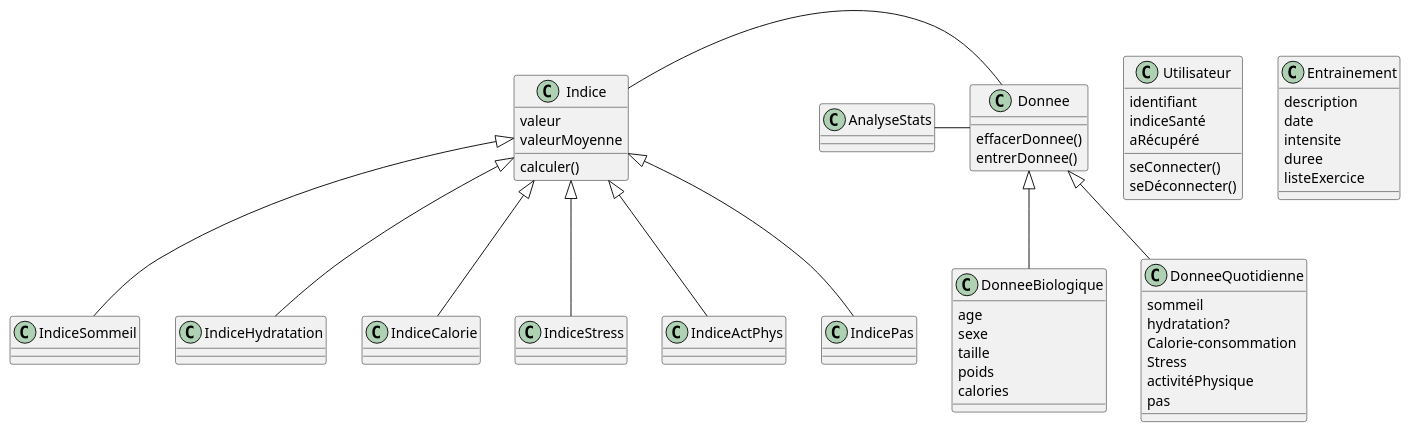
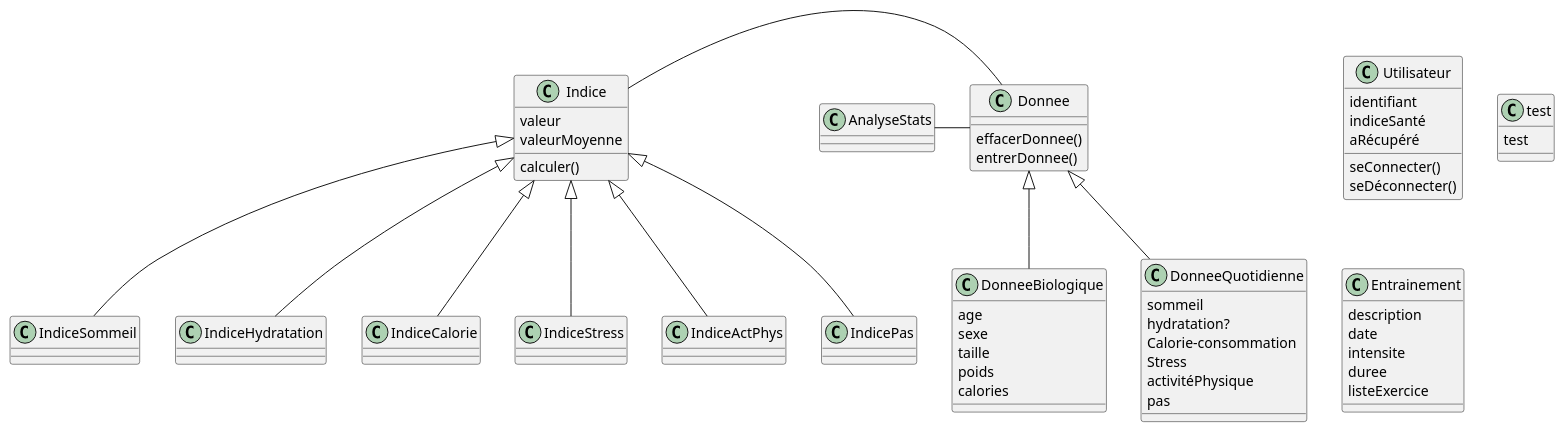
The diagram in DiagrammeUML/src/Salus.puml (elea-vk/Salus), drawn with PlantUML before and after one commit. The commit also changed 6 other files, not shown here.

```diff
--- a/DiagrammeUML/src/Salus.puml
+++ b/DiagrammeUML/src/Salus.puml
@@ -1,87 +1,90 @@
 @startuml
 'https://plantuml.com/sequence-diagram
 
 
 
 class Utilisateur {
  identifiant
  indiceSanté
  aRécupéré
 seConnecter()
 seDéconnecter()
+}
+class test {
+test
 }
 
 
 
 class Donnee{
  effacerDonnee()
  entrerDonnee()
 }
 class Indice{
 valeur
 valeurMoyenne
 calculer()
 }
 
 Indice - Donnee
 
 class DonneeBiologique{
 age
 sexe
 taille
 poids
 calories
 
 }
 class DonneeQuotidienne{
 sommeil
 hydratation?
 Calorie-consommation
 Stress
 activitéPhysique
 pas
 
 }
 
 Donnee <|-- DonneeBiologique
 Donnee <|-- DonneeQuotidienne
 
 
 
 
 
 
 class IndiceSommeil
 class IndiceHydratation
 class IndiceCalorie
 class IndiceStress
 class IndiceActPhys
 class IndicePas
 
 
 Indice<|-- IndiceSommeil
 Indice<|-- IndiceHydratation
 Indice<|-- IndiceCalorie
 Indice<|-- IndiceStress
 Indice<|-- IndiceActPhys
 Indice<|-- IndicePas
 
 class Entrainement{
 description
 date
 intensite
 duree
 listeExercice
 }
 class AnalyseStats
 AnalyseStats - Donnee
 
 
 
 
 
 
 
 
 
 @enduml
```
